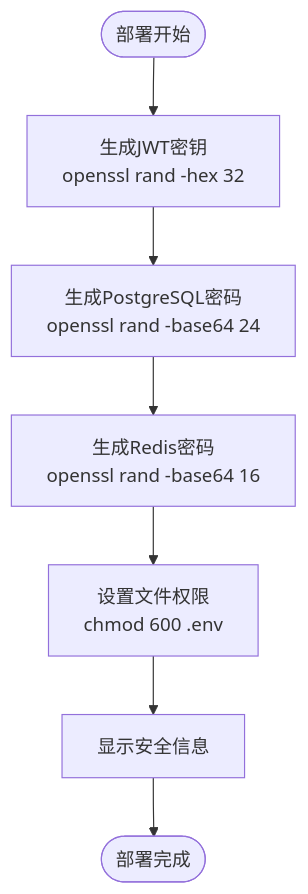
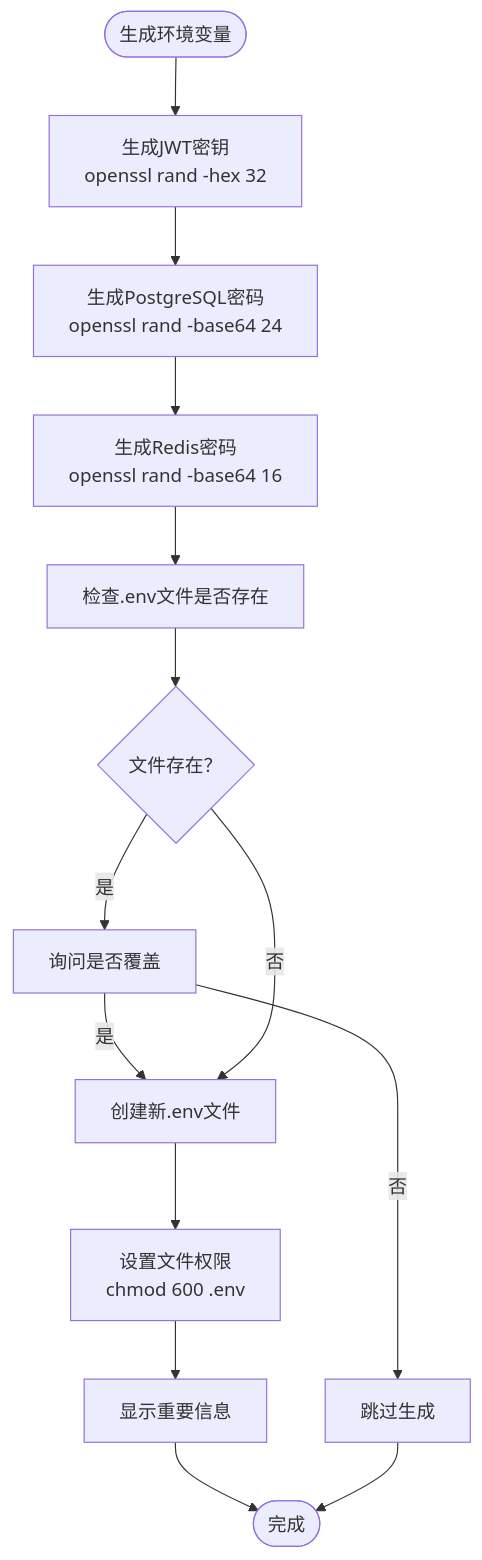
One commit to LouisFantansy/Budget_Mgt_Enterprise changed the fifth of 15 diagrams in .qoder/repowiki/zh/content/部署运维.md. Above: the diagram before and after it, drawn with Mermaid. The commit also changed other lines of this file and 4 other files, not shown here.

````diff
--- a/.qoder/repowiki/zh/content/部署运维.md
+++ b/.qoder/repowiki/zh/content/部署运维.md
@@ -189,9 +213,16 @@
 ```mermaid
 flowchart TD
-Start(["部署开始"]) --> GenJWT["生成JWT密钥<br/>openssl rand -hex 32"]
-GenJWT --> GenPG["生成PostgreSQL密码<br/>openssl rand -base64 24"]
-GenPG --> GenRedis["生成Redis密码<br/>openssl rand -base64 16"]
-GenRedis --> SetPerm["设置文件权限<br/>chmod 600 .env"]
-SetPerm --> ShowInfo["显示安全信息"]
-ShowInfo --> End(["部署完成"])
+Start(["生成环境变量"]) --> GenerateJWT["生成JWT密钥<br/>openssl rand -hex 32"]
+GenerateJWT --> GeneratePG["生成PostgreSQL密码<br/>openssl rand -base64 24"]
+GeneratePG --> GenerateRedis["生成Redis密码<br/>openssl rand -base64 16"]
+GenerateRedis --> CheckEnv["检查.env文件是否存在"]
+CheckEnv --> Exists{"文件存在？"}
+Exists --> |是| AskOverwrite["询问是否覆盖"]
+AskOverwrite --> |是| CreateEnv["创建新.env文件"]
+AskOverwrite --> |否| Skip["跳过生成"]
+Exists --> |否| CreateEnv
+CreateEnv --> SetPerm["设置文件权限<br/>chmod 600 .env"]
+SetPerm --> ShowInfo["显示重要信息"]
+ShowInfo --> End(["完成"])
+Skip --> End
 ```
````
